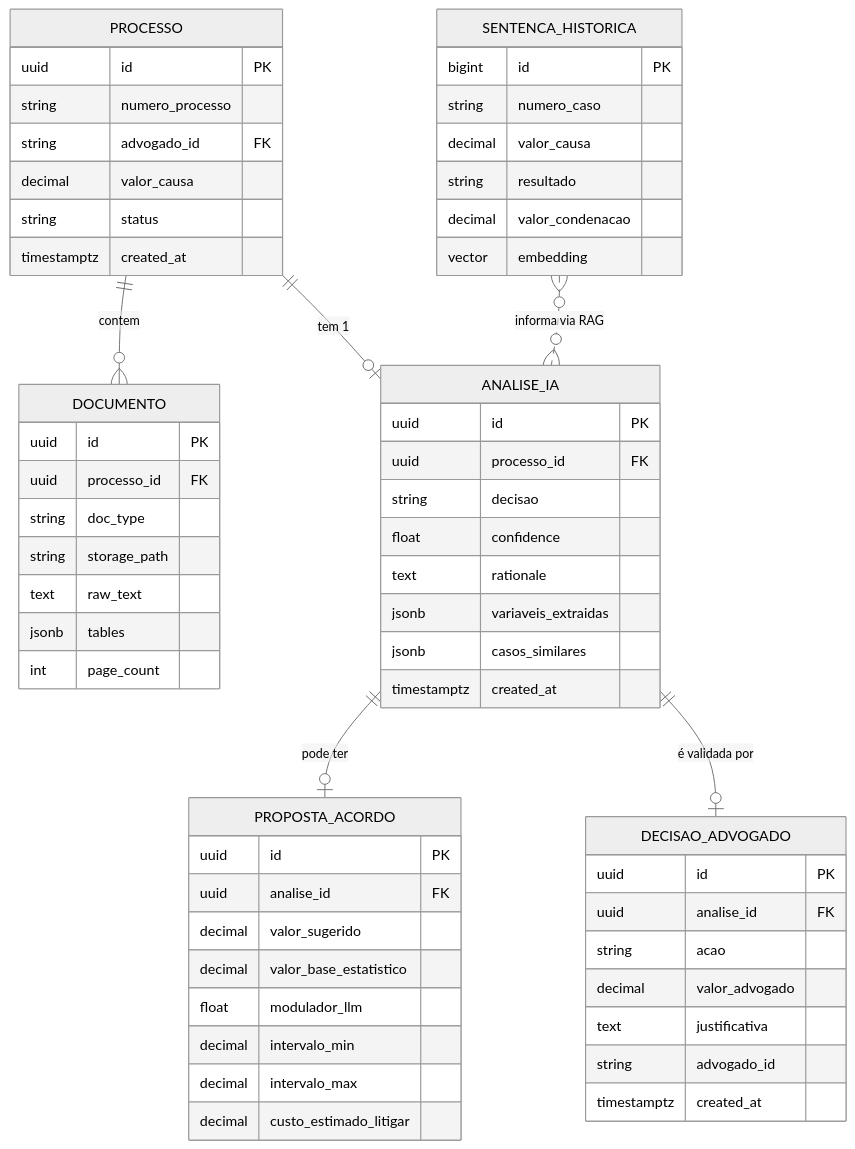
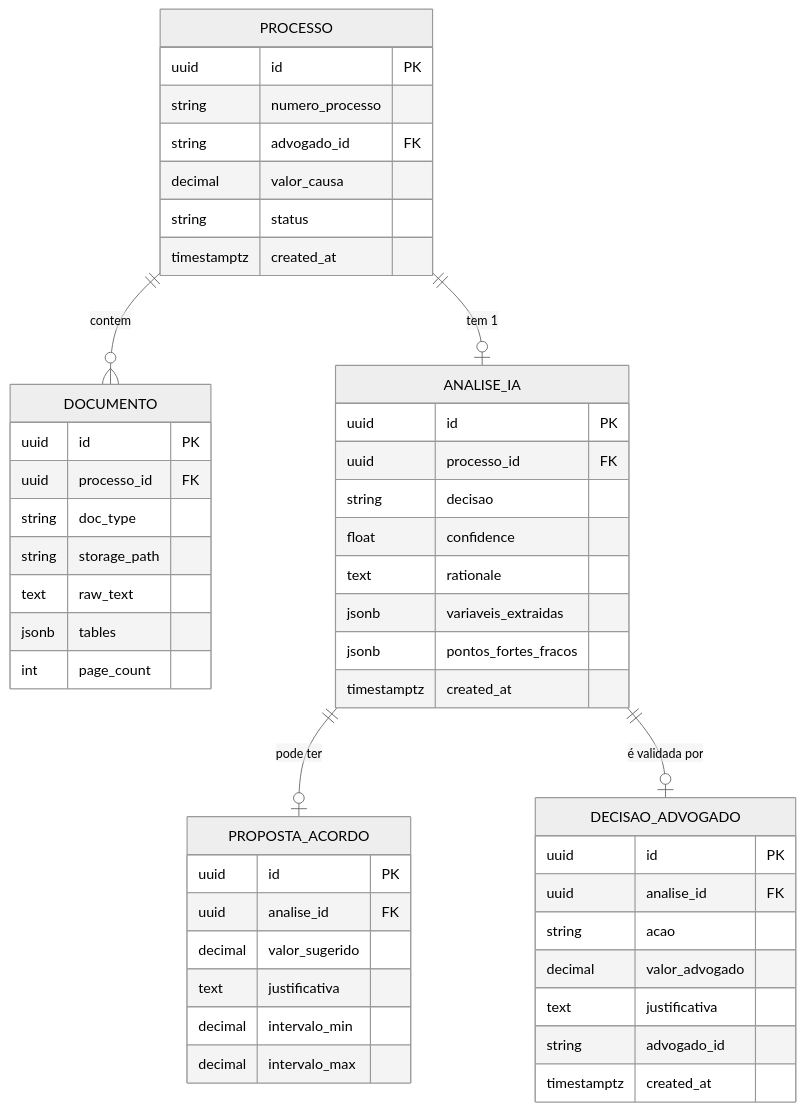
One commit to Gr-moura/hackathon-ufmg-2026-grupo10 changed the third of 4 diagrams in DEVELOPMENT_CONTEXT.md. Above: the diagram before and after it, drawn with Mermaid (neutral theme). The commit also changed other lines of this file and 1 other file, not shown here.

````diff
--- a/DEVELOPMENT_CONTEXT.md
+++ b/DEVELOPMENT_CONTEXT.md
@@ -351,63 +279,52 @@
 ```mermaid
 erDiagram
     PROCESSO ||--o{ DOCUMENTO : contem
     PROCESSO ||--o| ANALISE_IA : "tem 1"
     ANALISE_IA ||--o| PROPOSTA_ACORDO : "pode ter"
     ANALISE_IA ||--o| DECISAO_ADVOGADO : "é validada por"
-    SENTENCA_HISTORICA }o..o{ ANALISE_IA : "informa via RAG"
 
     PROCESSO {
         uuid id PK
         string numero_processo
         string advogado_id FK
         decimal valor_causa
         string status
         timestamptz created_at
     }
     DOCUMENTO {
         uuid id PK
         uuid processo_id FK
         string doc_type
         string storage_path
         text raw_text
         jsonb tables
         int page_count
     }
     ANALISE_IA {
         uuid id PK
         uuid processo_id FK
         string decisao
         float confidence
         text rationale
         jsonb variaveis_extraidas
-        jsonb casos_similares
+        jsonb pontos_fortes_fracos
         timestamptz created_at
     }
     PROPOSTA_ACORDO {
         uuid id PK
         uuid analise_id FK
         decimal valor_sugerido
-        decimal valor_base_estatistico
-        float modulador_llm
+        text justificativa
         decimal intervalo_min
         decimal intervalo_max
-        decimal custo_estimado_litigar
     }
     DECISAO_ADVOGADO {
         uuid id PK
         uuid analise_id FK
         string acao
         decimal valor_advogado
         text justificativa
         string advogado_id
         timestamptz created_at
     }
-    SENTENCA_HISTORICA {
-        bigint id PK
-        string numero_caso
-        decimal valor_causa
-        string resultado
-        decimal valor_condenacao
-        vector embedding
-    }
 ```
````
